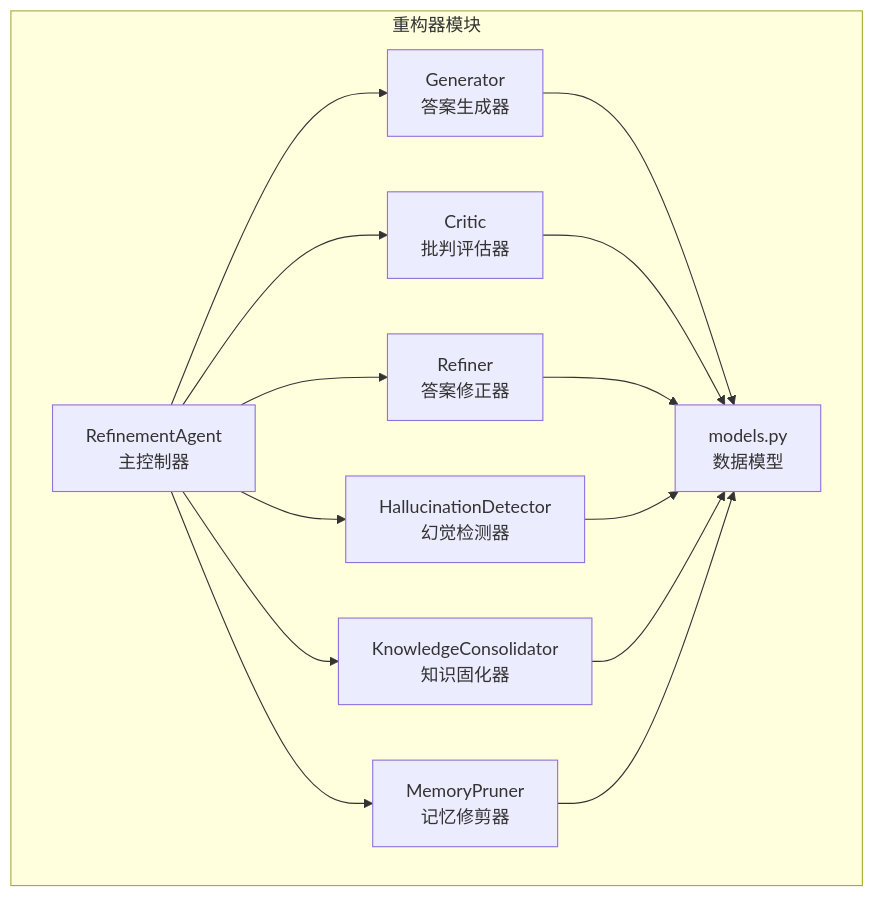
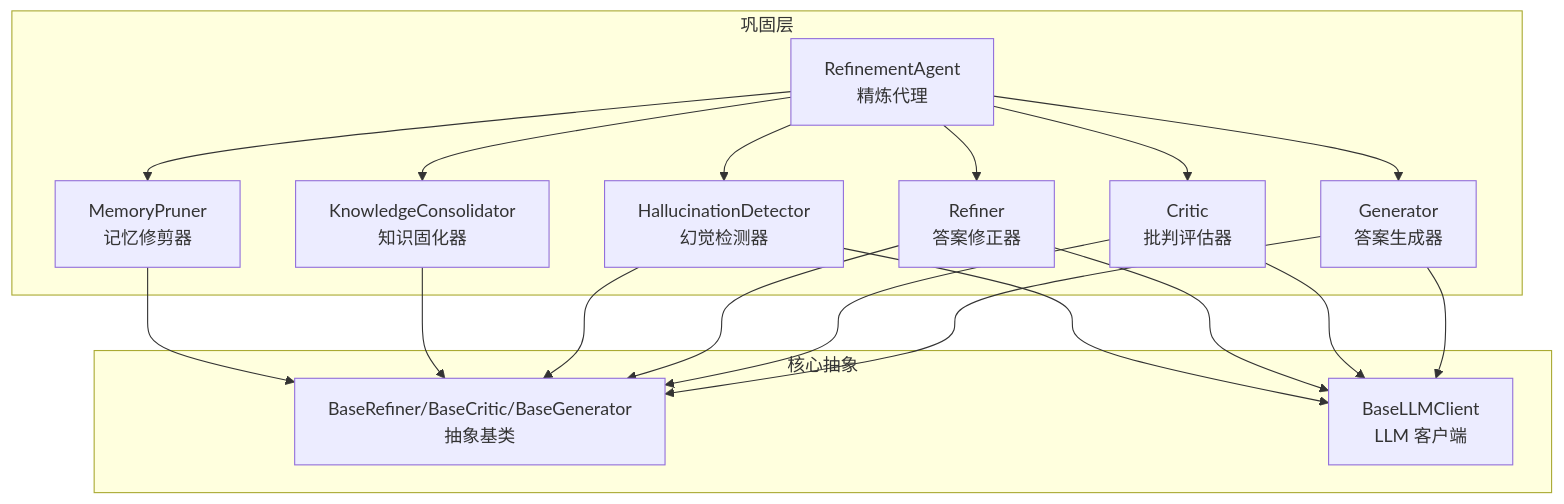
Before and after one commit to JieGaoPrinceton/NecoRAG: the first of 5 diagrams in .qoder/repowiki/zh/content/巩固层模块/重构器组件.md, drawn with Mermaid. The commit also changed other lines of this file and 181 other files, not shown here.

````diff
--- a/.qoder/repowiki/zh/content/巩固层模块/重构器组件.md
+++ b/.qoder/repowiki/zh/content/巩固层模块/重构器组件.md
@@ -36,25 +38,32 @@
 ```mermaid
 graph TB
-subgraph "重构器模块"
-AG["RefinementAgent<br/>主控制器"]
+subgraph "巩固层"
+AG["RefinementAgent<br/>精炼代理"]
 GEN["Generator<br/>答案生成器"]
 CRIT["Critic<br/>批判评估器"]
 REF["Refiner<br/>答案修正器"]
 HAL["HallucinationDetector<br/>幻觉检测器"]
 CONS["KnowledgeConsolidator<br/>知识固化器"]
 PRUNE["MemoryPruner<br/>记忆修剪器"]
-MODELS["models.py<br/>数据模型"]
+end
+subgraph "核心抽象"
+BASE["BaseRefiner/BaseCritic/BaseGenerator<br/>抽象基类"]
+LLM["BaseLLMClient<br/>LLM 客户端"]
 end
 AG --> GEN
 AG --> CRIT
 AG --> REF
 AG --> HAL
 AG --> CONS
 AG --> PRUNE
-GEN --> MODELS
-CRIT --> MODELS
-REF --> MODELS
-HAL --> MODELS
-CONS --> MODELS
-PRUNE --> MODELS
+GEN --> BASE
+CRIT --> BASE
+REF --> BASE
+HAL --> BASE
+CONS --> BASE
+PRUNE --> BASE
+GEN --> LLM
+CRIT --> LLM
+REF --> LLM
+HAL --> LLM
 ```
````
